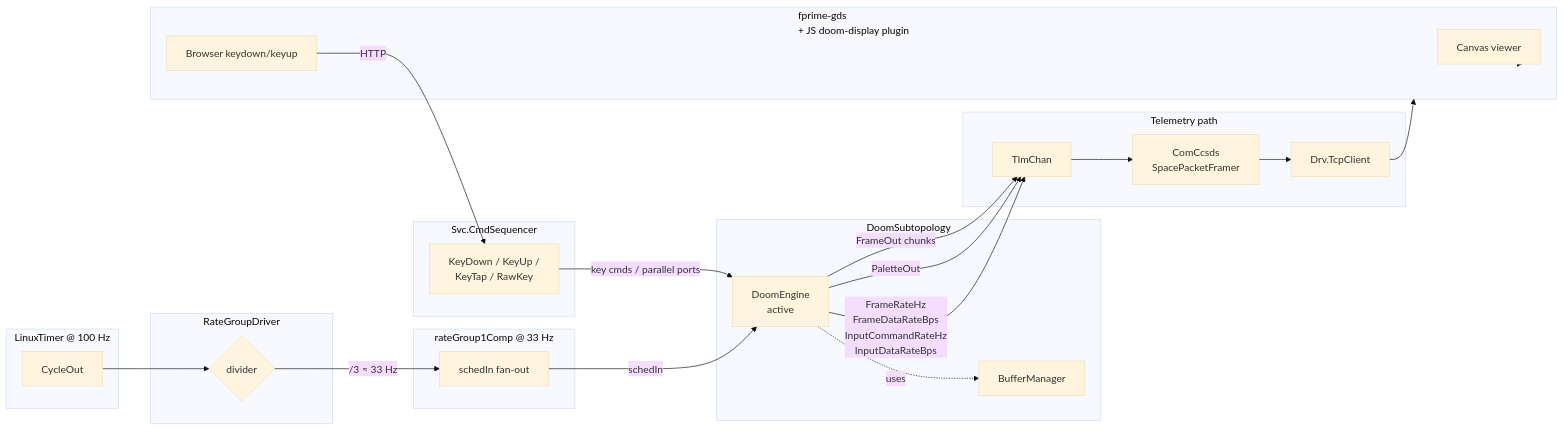
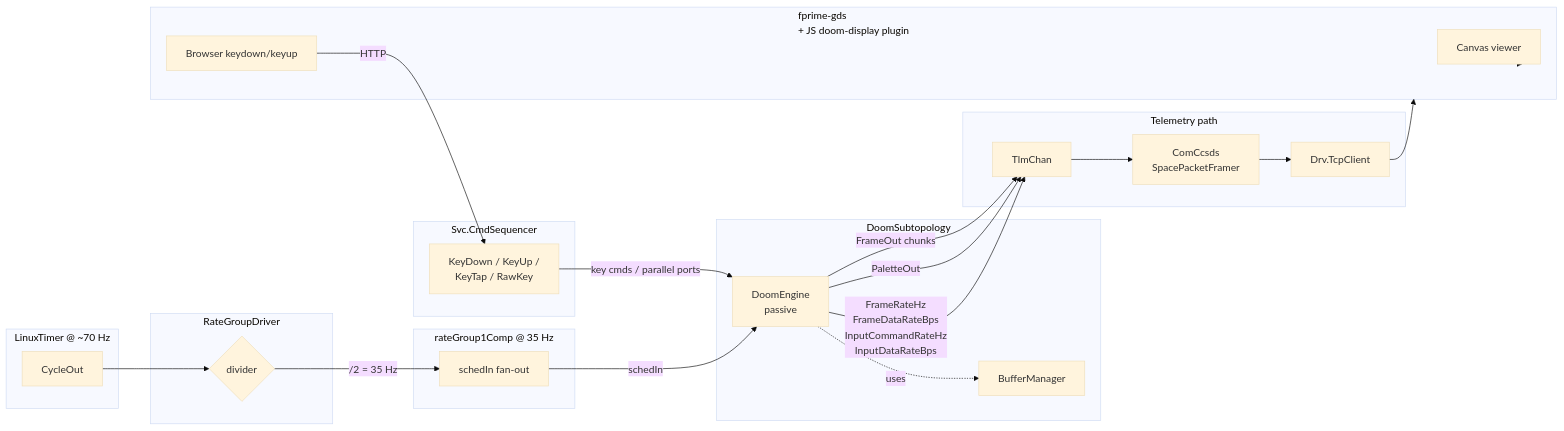
The diagram in README.md (LeStarch/fprime-stress), drawn with Mermaid (base theme) before and after one commit. The commit also changed other lines of this file and 7 other files, not shown here.

First line of the commit message:
Pass 2: passive component, 35 fps rate group, for-loop chunking

````diff
--- a/README.md
+++ b/README.md
@@ -46,40 +46,40 @@
 ```mermaid
 flowchart LR
-    subgraph LinuxTimer[LinuxTimer @ 100 Hz]
+    subgraph LinuxTimer[LinuxTimer @ ~70 Hz]
         T[CycleOut]
     end
     subgraph RGD[RateGroupDriver]
         D{divider}
     end
-    subgraph RG1[rateGroup1Comp @ 33 Hz]
+    subgraph RG1[rateGroup1Comp @ 35 Hz]
         S1[schedIn fan-out]
     end
     subgraph DoomSubtopology
-        DE[DoomEngine<br/>active]
+        DE[DoomEngine<br/>passive]
         BM[BufferManager]
     end
     subgraph CmdSeq[Svc.CmdSequencer]
         CS[KeyDown / KeyUp /<br/>KeyTap / RawKey]
     end
     subgraph Telem[Telemetry path]
         TC[TlmChan]
         CCSDS[ComCcsds<br/>SpacePacketFramer]
         NET[Drv.TcpClient]
     end
     subgraph GDS[fprime-gds<br/>+ JS doom-display plugin]
         CANVAS[Canvas viewer]
         KBD[Browser keydown/keyup]
     end
 
     T --> D
-    D -- "/3 ≈ 33 Hz" --> S1
+    D -- "/2 = 35 Hz" --> S1
     S1 -- schedIn --> DE
     CS -- key cmds / parallel ports --> DE
     DE -- FrameOut chunks --> TC
     DE -- PaletteOut --> TC
     DE -- FrameRateHz<br/>FrameDataRateBps<br/>InputCommandRateHz<br/>InputDataRateBps --> TC
     TC --> CCSDS --> NET --> GDS
     KBD -- HTTP --> CS
     GDS --> CANVAS
     DE -.uses.-> BM
 ```
````
